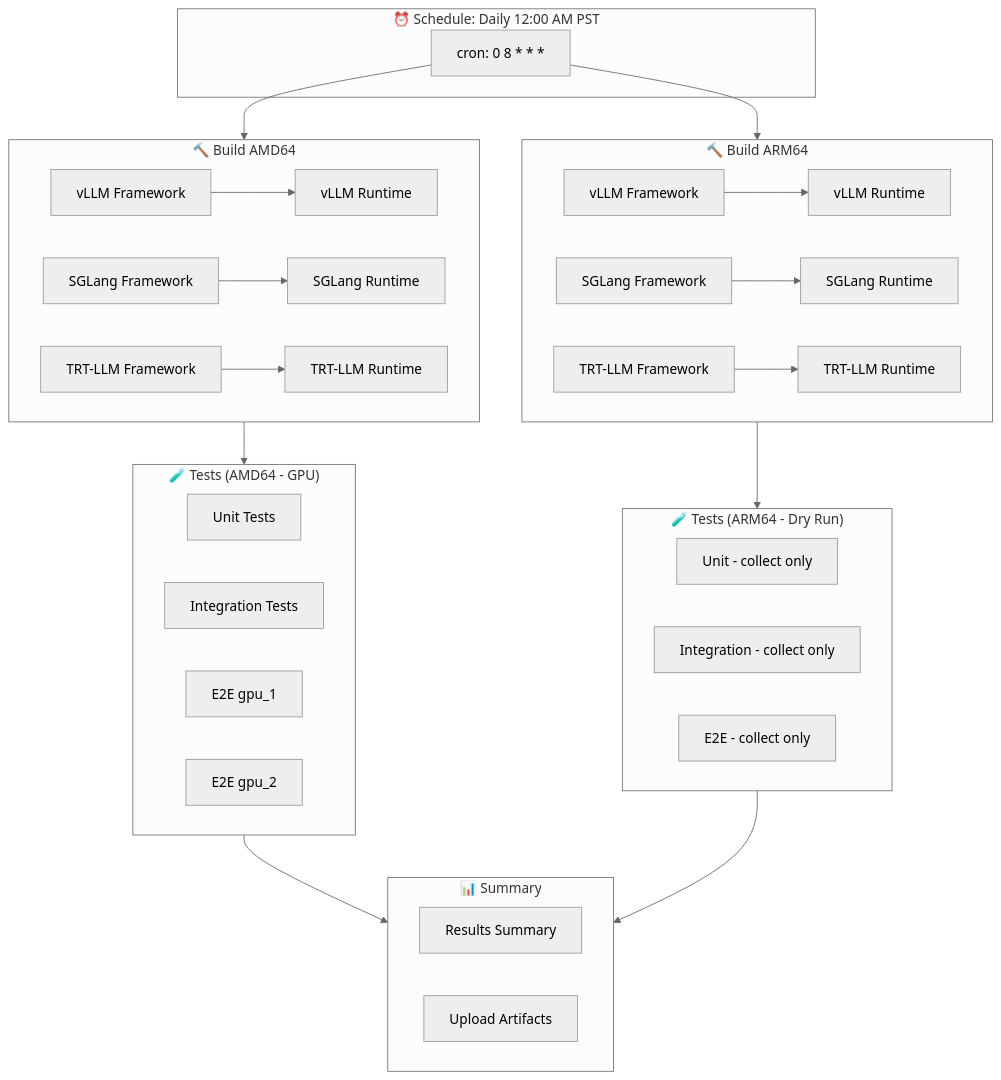
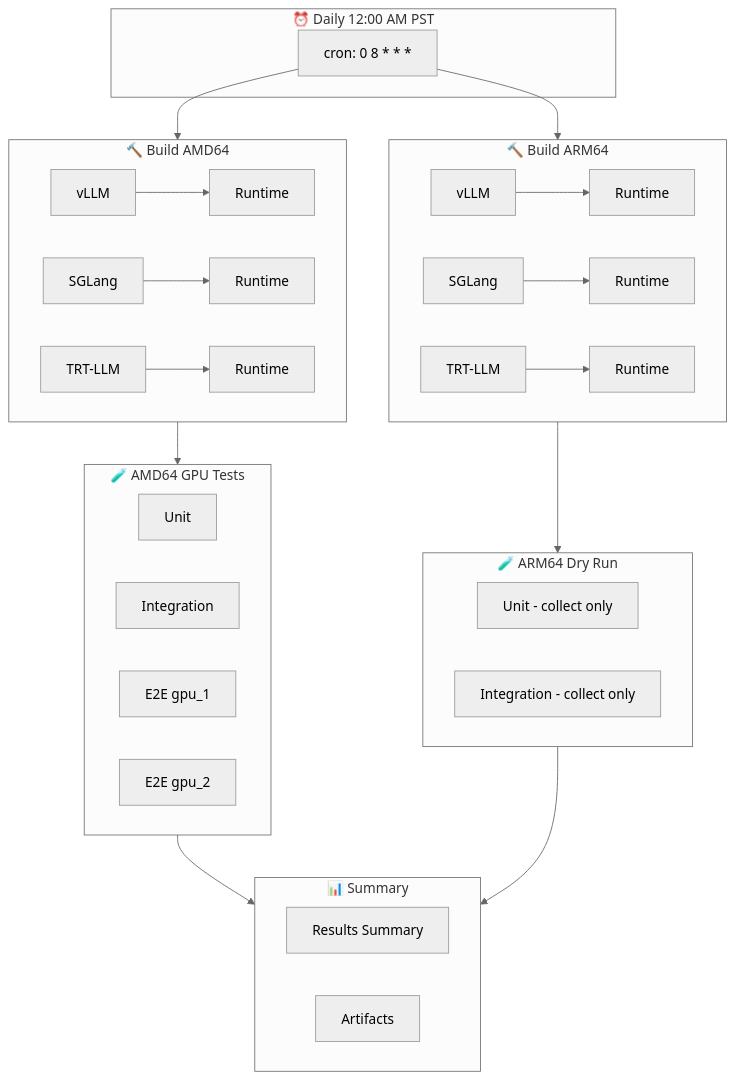
One commit to ai-dynamo/dynamo changed the fifth of 5 diagrams in .github/NIGHTLY_WORKFLOW.md. Above: the diagram before and after it, drawn with Mermaid (neutral theme). The commit also changed other lines of this file and 3 other files, not shown here.

````diff
--- a/.github/NIGHTLY_WORKFLOW.md
+++ b/.github/NIGHTLY_WORKFLOW.md
@@ -285,41 +173,40 @@
 ```mermaid
 flowchart TB
-    subgraph Schedule["⏰ Schedule: Daily 12:00 AM PST"]
+    subgraph Schedule["⏰ Daily 12:00 AM PST"]
         Cron["cron: 0 8 * * *"]
     end
 
     subgraph BuildAMD["🔨 Build AMD64"]
-        BA1[vLLM Framework] --> BA2[vLLM Runtime]
-        BA3[SGLang Framework] --> BA4[SGLang Runtime]
-        BA5[TRT-LLM Framework] --> BA6[TRT-LLM Runtime]
+        BA1[vLLM] --> BA2[Runtime]
+        BA3[SGLang] --> BA4[Runtime]
+        BA5[TRT-LLM] --> BA6[Runtime]
     end
 
     subgraph BuildARM["🔨 Build ARM64"]
-        BB1[vLLM Framework] --> BB2[vLLM Runtime]
-        BB3[SGLang Framework] --> BB4[SGLang Runtime]
-        BB5[TRT-LLM Framework] --> BB6[TRT-LLM Runtime]
+        BB1[vLLM] --> BB2[Runtime]
+        BB3[SGLang] --> BB4[Runtime]
+        BB5[TRT-LLM] --> BB6[Runtime]
     end
 
-    subgraph TestAMD["🧪 Tests (AMD64 - GPU)"]
-        TA1[Unit Tests]
-        TA2[Integration Tests]
+    subgraph TestAMD["🧪 AMD64 GPU Tests"]
+        TA1[Unit]
+        TA2[Integration]
         TA3[E2E gpu_1]
         TA4[E2E gpu_2]
     end
 
-    subgraph TestARM["🧪 Tests (ARM64 - Dry Run)"]
+    subgraph TestARM["🧪 ARM64 Dry Run"]
         TB1[Unit - collect only]
         TB2[Integration - collect only]
-        TB3[E2E - collect only]
     end
 
     subgraph Summary["📊 Summary"]
         S1[Results Summary]
-        S2[Upload Artifacts]
+        S2[Artifacts]
     end
 
     Cron --> BuildAMD & BuildARM
     BuildAMD --> TestAMD
     BuildARM --> TestARM
     TestAMD & TestARM --> Summary
 ```
````
